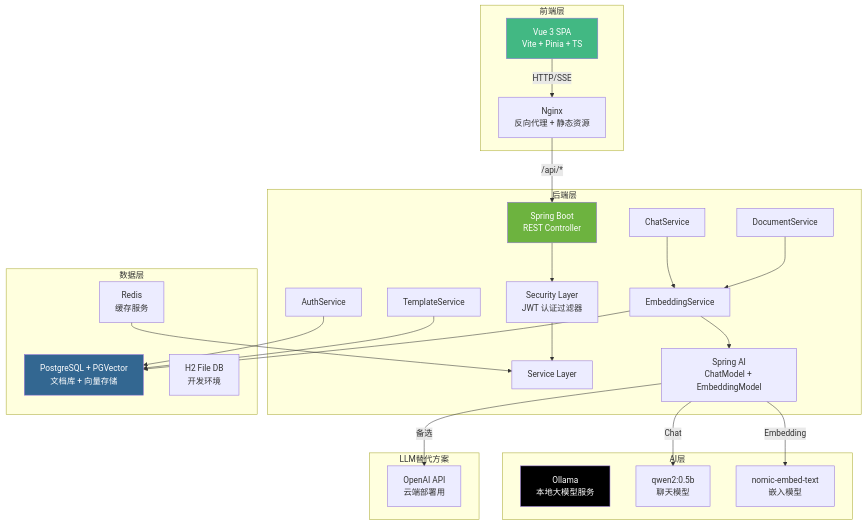
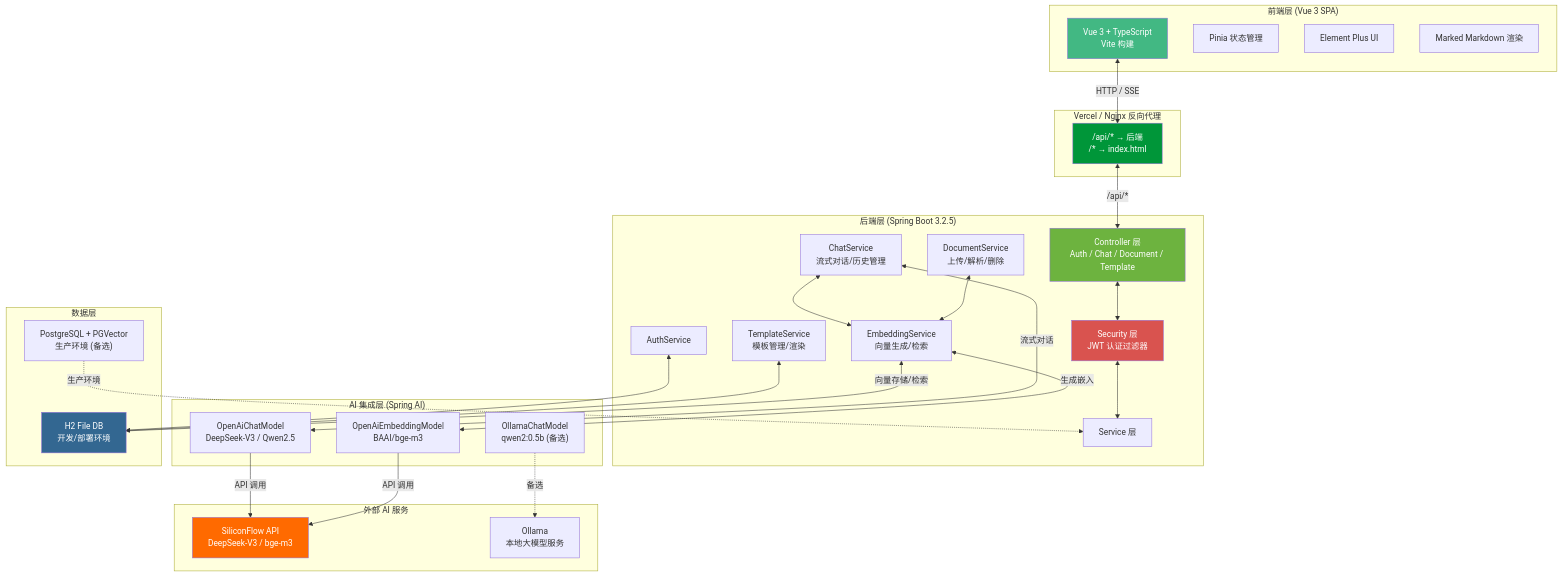
One commit to ZhangYN1203/rag-knowledge-base changed the first of 2 diagrams in README.md. Above: the diagram before and after it, drawn with Mermaid. The commit also changed other lines of this file and 48 other files, not shown here.

Commit message:
feat: complete RAG system with SiliconFlow API, deployment config, and

````diff
--- a/README.md
+++ b/README.md
@@ -53,54 +83,63 @@
 ```mermaid
 graph TB
-    subgraph 前端层
-        A[Vue 3 SPA<br/>Vite + Pinia + TS]
-        B[Nginx<br/>反向代理 + 静态资源]
+    subgraph 前端层["前端层 (Vue 3 SPA)"]
+        A1["Vue 3 + TypeScript<br/>Vite 构建"]
+        A2["Pinia 状态管理"]
+        A3["Element Plus UI"]
+        A4["Marked Markdown 渲染"]
     end
 
-    subgraph 后端层
-        C[Spring Boot<br/>REST Controller]
-        D[Security Layer<br/>JWT 认证过滤器]
-        E[Service Layer]
-        E1[AuthService]
-        E2[ChatService]
-        E3[DocumentService]
-        E4[TemplateService]
-        E5[EmbeddingService]
-        F[Spring AI<br/>ChatModel + EmbeddingModel]
+    subgraph 反向代理["Vercel / Nginx 反向代理"]
+        B["/api/* → 后端<br/>/* → index.html"]
     end
 
-    subgraph 数据层
-        G[PostgreSQL + PGVector<br/>文档库 + 向量存储]
-        H[Redis<br/>缓存服务]
-        I[H2 File DB<br/>开发环境]
+    subgraph 后端层["后端层 (Spring Boot 3.2.5)"]
+        C1["Controller 层<br/>Auth / Chat / Document / Template"]
+        C2["Security 层<br/>JWT 认证过滤器"]
+        C3["Service 层"]
+        C31["AuthService"]
+        C32["ChatService<br/>流式对话/历史管理"]
+        C33["DocumentService<br/>上传/解析/删除"]
+        C34["TemplateService<br/>模板管理/渲染"]
+        C35["EmbeddingService<br/>向量生成/检索"]
     end
 
-    subgraph AI层
-        J[Ollama<br/>本地大模型服务]
-        J1[qwen2:0.5b<br/>聊天模型]
-        J2[nomic-embed-text<br/>嵌入模型]
+    subgraph AI集成层["AI 集成层 (Spring AI)"]
+        D1["OpenAiChatModel<br/>DeepSeek-V3 / Qwen2.5"]
+        D2["OpenAiEmbeddingModel<br/>BAAI/bge-m3"]
+        D3["OllamaChatModel<br/>qwen2:0.5b (备选)"]
     end
 
-    subgraph LLM替代方案
-        K[OpenAI API<br/>云端部署用]
+    subgraph 数据层["数据层"]
+        E1["H2 File DB<br/>开发/部署环境"]
+        E2["PostgreSQL + PGVector<br/>生产环境 (备选)"]
     end
 
-    A -->|HTTP/SSE| B
-    B -->|/api/*| C
-    C --> D
-    D --> E
-    E1 --> G
-    E2 --> E5 --> F
-    E3 --> E5
-    E4 --> G
-    F -->|Chat| J1
-    F -->|Embedding| J2
-    F -->|备选| K
-    E5 --> G
-    H --> E
+    subgraph 外部服务["外部 AI 服务"]
+        G1["SiliconFlow API<br/>DeepSeek-V3 / bge-m3"]
+        G2["Ollama<br/>本地大模型服务"]
+    end
 
-    style A fill:#42b883,color:#fff
-    style C fill:#6db33f,color:#fff
-    style G fill:#336791,color:#fff
-    style J fill:#000,color:#fff
+    A1 <-->|"HTTP / SSE"| B
+    B <-->|"/api/*"| C1
+    C1 <--> C2
+    C2 <--> C3
+    C31 <--> E1
+    C32 <--> C35
+    C33 <--> C35
+    C34 <--> E1
+    C35 <-->|"向量存储/检索"| E1
+    C35 <-->|"生成嵌入"| D2
+    C32 <-->|"流式对话"| D1
+    D1 -->|"API 调用"| G1
+    D2 -->|"API 调用"| G1
+    D3 -.->|"备选"| G2
+    E2 -.->|"生产环境"| C3
+
+    style A1 fill:#42b883,color:#fff
+    style B fill:#009639,color:#fff
+    style C1 fill:#6db33f,color:#fff
+    style C2 fill:#d9534f,color:#fff
+    style E1 fill:#336791,color:#fff
+    style G1 fill:#FF6A00,color:#fff
 ```
````
